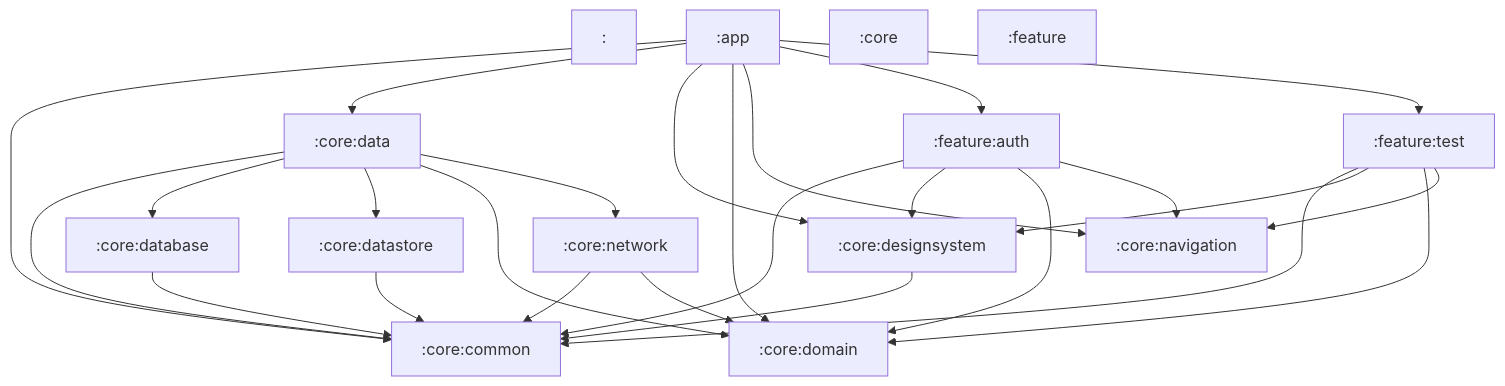
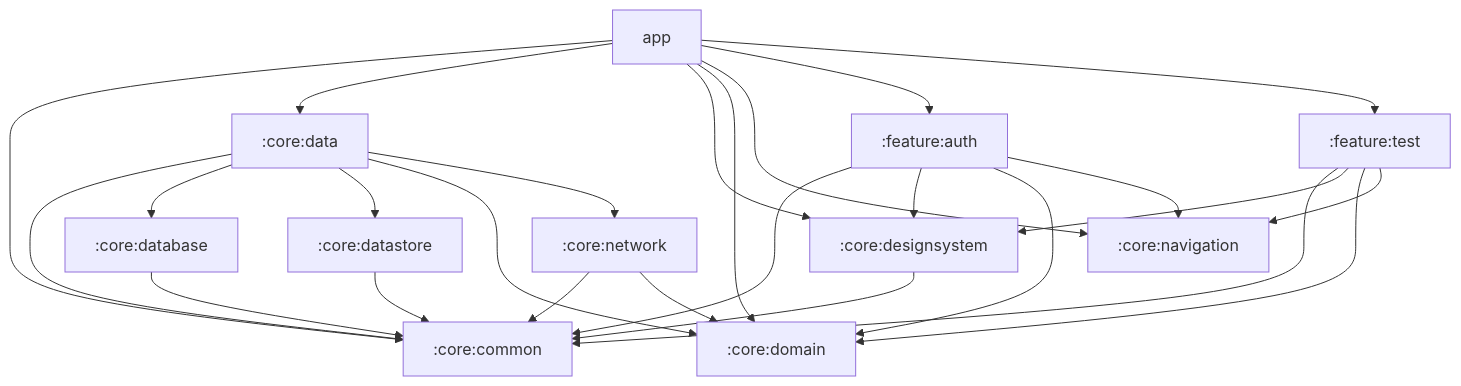
The diagram in docs/module-deps.md (kkh725/Multi_Module_Template), drawn with Mermaid before and after one commit. The commit also changed 1 other file, not shown here.

Commit message:
[Chore] update ci

````diff
--- a/docs/module-deps.md
+++ b/docs/module-deps.md
@@ -1,42 +1,39 @@
 ```mermaid
 graph TD
-    _[":"]
-    _app[":app"]
-    _app --> _core_common
-    _app --> _core_data
-    _app --> _core_designsystem
-    _app --> _core_domain
-    _app --> _core_navigation
-    _app --> _feature_auth
-    _app --> _feature_test
-    _core[":core"]
-    _core_common[":core:common"]
-    _core_data[":core:data"]
-    _core_data --> _core_common
-    _core_data --> _core_database
-    _core_data --> _core_datastore
-    _core_data --> _core_domain
-    _core_data --> _core_network
-    _core_database[":core:database"]
-    _core_database --> _core_common
-    _core_datastore[":core:datastore"]
-    _core_datastore --> _core_common
-    _core_designsystem[":core:designsystem"]
-    _core_designsystem --> _core_common
-    _core_domain[":core:domain"]
-    _core_navigation[":core:navigation"]
-    _core_network[":core:network"]
-    _core_network --> _core_common
-    _core_network --> _core_domain
-    _feature[":feature"]
-    _feature_auth[":feature:auth"]
-    _feature_auth --> _core_common
-    _feature_auth --> _core_designsystem
-    _feature_auth --> _core_domain
-    _feature_auth --> _core_navigation
-    _feature_test[":feature:test"]
-    _feature_test --> _core_common
-    _feature_test --> _core_designsystem
-    _feature_test --> _core_domain
-    _feature_test --> _core_navigation
+    app["app"]
+    app --> :core:common
+    app --> :core:data
+    app --> :core:designsystem
+    app --> :core:domain
+    app --> :core:navigation
+    app --> :feature:auth
+    app --> :feature:test
+    :core:common[":core:common"]
+    :core:data[":core:data"]
+    :core:data --> :core:common
+    :core:data --> :core:database
+    :core:data --> :core:datastore
+    :core:data --> :core:domain
+    :core:data --> :core:network
+    :core:database[":core:database"]
+    :core:database --> :core:common
+    :core:datastore[":core:datastore"]
+    :core:datastore --> :core:common
+    :core:designsystem[":core:designsystem"]
+    :core:designsystem --> :core:common
+    :core:domain[":core:domain"]
+    :core:navigation[":core:navigation"]
+    :core:network[":core:network"]
+    :core:network --> :core:common
+    :core:network --> :core:domain
+    :feature:auth[":feature:auth"]
+    :feature:auth --> :core:common
+    :feature:auth --> :core:designsystem
+    :feature:auth --> :core:domain
+    :feature:auth --> :core:navigation
+    :feature:test[":feature:test"]
+    :feature:test --> :core:common
+    :feature:test --> :core:designsystem
+    :feature:test --> :core:domain
+    :feature:test --> :core:navigation
 ```
````
